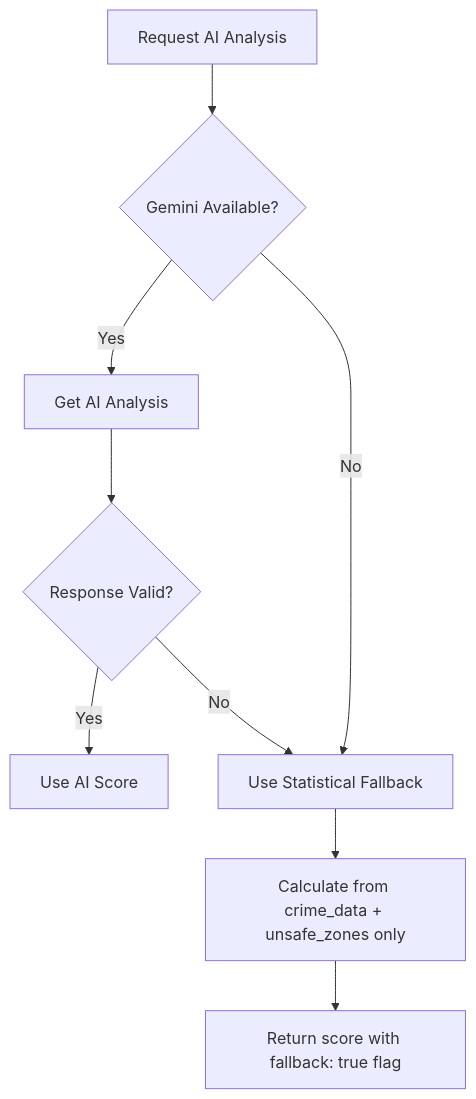
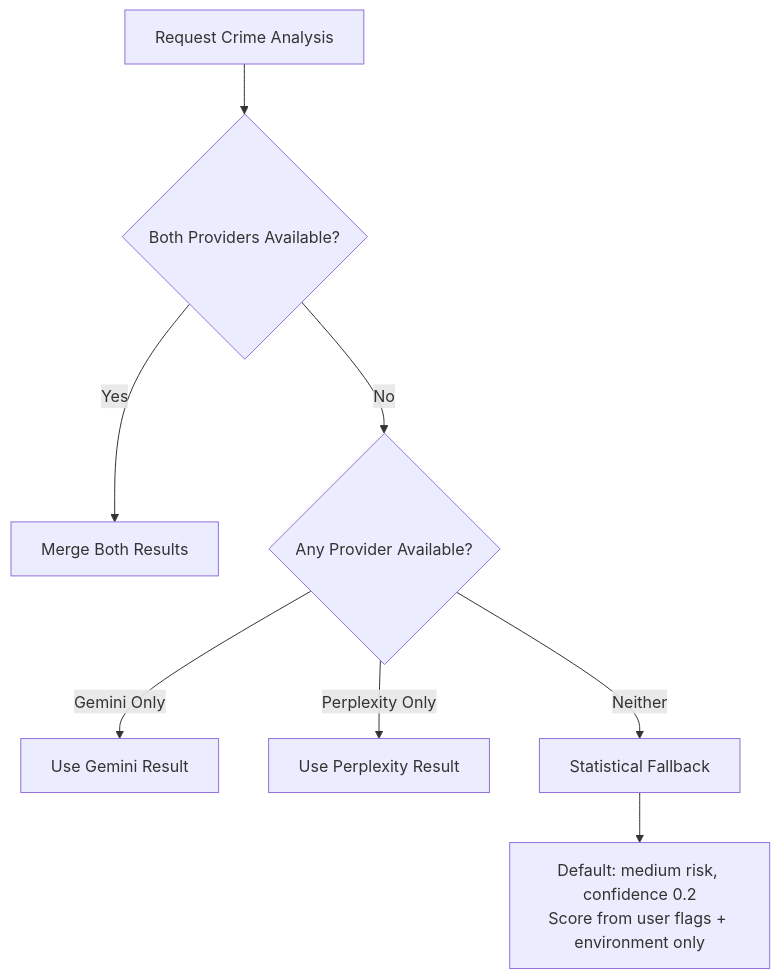
One commit to Monike123/ResQ_Route changed the second of 2 diagrams in Project_resQ_route/Phase_04_Safety_Scoring/02_gemini_ai_integration.md. Above: the diagram before and after it, drawn with Mermaid. The commit also changed other lines of this file and 12 other files, not shown here.

Commit message:
feat: AI Crime Analysis Pipeline (Gemini + Perplexity dual-provider)

````diff
--- a/Project_resQ_route/Phase_04_Safety_Scoring/02_gemini_ai_integration.md
+++ b/Project_resQ_route/Phase_04_Safety_Scoring/02_gemini_ai_integration.md
@@ -213,11 +102,10 @@
 ```mermaid
 flowchart TD
-    A[Request AI Analysis] --> B{Gemini Available?}
-    B -- Yes --> C[Get AI Analysis]
-    C --> D{Response Valid?}
-    D -- Yes --> E[Use AI Score]
-    D -- No --> F[Use Statistical Fallback]
-    B -- No --> F
-    F --> G[Calculate from crime_data + unsafe_zones only]
-    G --> H[Return score with fallback: true flag]
+    A[Request Crime Analysis] --> B{Both Providers Available?}
+    B -- Yes --> C[Merge Both Results]
+    B -- No --> D{Any Provider Available?}
+    D -- Gemini Only --> E[Use Gemini Result]
+    D -- Perplexity Only --> F[Use Perplexity Result]
+    D -- Neither --> G[Statistical Fallback]
+    G --> H["Default: medium risk, confidence 0.2\nScore from user flags + environment only"]
 ```
````
